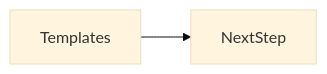
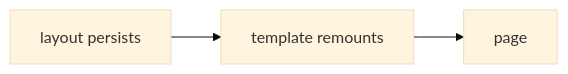
Before and after one commit to OmidJavaherii/Frontend-Engineering-Handbook: the second of 2 diagrams in docs/en/11-nextjs/templates/index.md, drawn with Mermaid (base theme). The commit also changed other lines of this file and 461 other files, not shown here.

````diff
--- a/docs/en/11-nextjs/templates/index.md
+++ b/docs/en/11-nextjs/templates/index.md
@@ -95,4 +108,5 @@
 ```mermaid
 flowchart LR
-  concept[Templates] --> nextStep[NextStep]
+  L[layout persists] --> T[template remounts]
+  T --> P[page]
 ```
````
